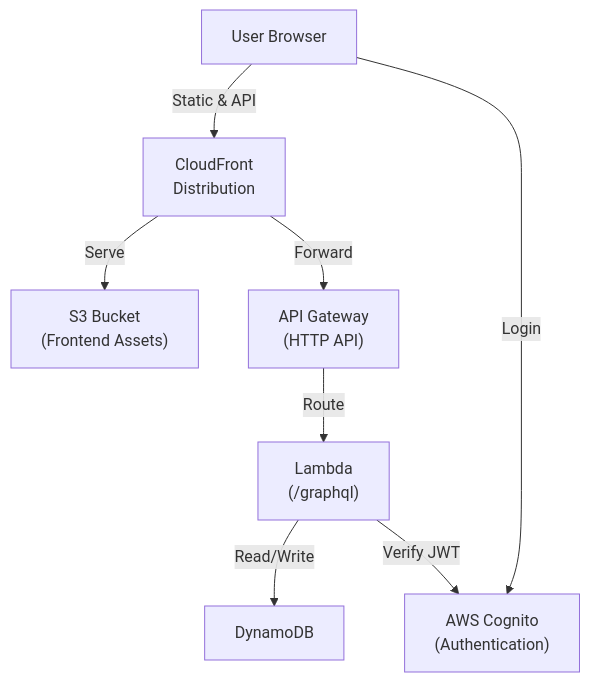
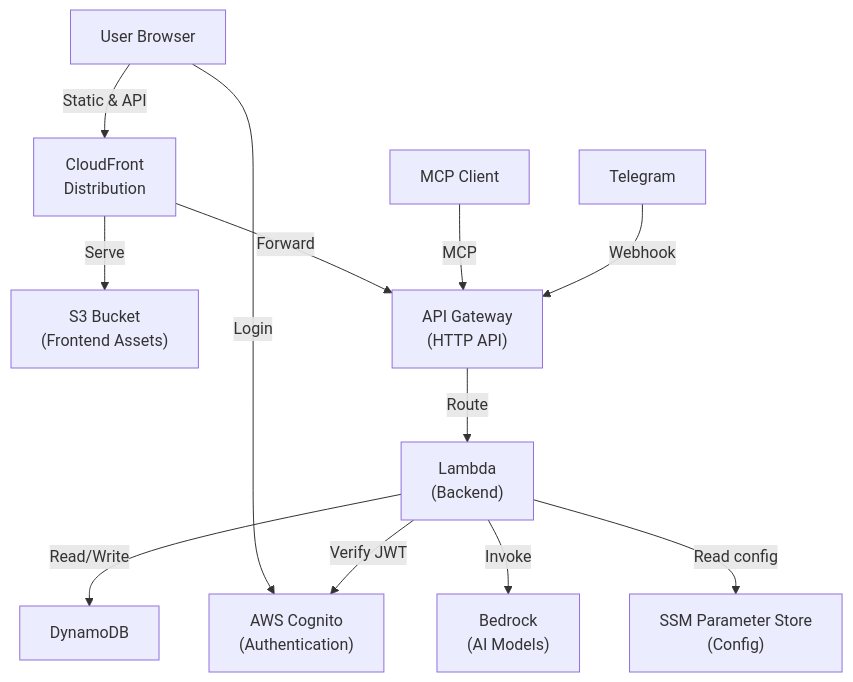
The first of 2 diagrams in docs/constitution.md (alexei-lexx/budget), drawn with Mermaid before and after one commit. The commit also changed other lines of this file, not shown here.

````diff
--- a/docs/constitution.md
+++ b/docs/constitution.md
@@ -88,22 +91,30 @@
 ```mermaid
 graph TD
     Browser["User Browser"]
+    MCPClient["MCP Client"]
+    Telegram["Telegram"]
 
     CloudFront["CloudFront<br/>Distribution"]
     Cognito["AWS Cognito<br/>(Authentication)"]
 
     S3["S3 Bucket<br/>(Frontend Assets)"]
     APIGateway["API Gateway<br/>(HTTP API)"]
 
-    Lambda["Lambda<br/>(/graphql)"]
+    Lambda["Lambda<br/>(Backend)"]
 
     DynamoDB["DynamoDB"]
+    Bedrock["Bedrock<br/>(AI Models)"]
+    SSM["SSM Parameter Store<br/>(Config)"]
 
     Browser -->|Static & API| CloudFront
     Browser -->|Login| Cognito
     CloudFront -->|Serve| S3
     CloudFront -->|Forward| APIGateway
+    MCPClient -->|MCP| APIGateway
+    Telegram -->|Webhook| APIGateway
     APIGateway -->|Route| Lambda
     Lambda -->|Read/Write| DynamoDB
     Lambda -->|Verify JWT| Cognito
+    Lambda -->|Invoke| Bedrock
+    Lambda -->|Read config| SSM
 ```
````
